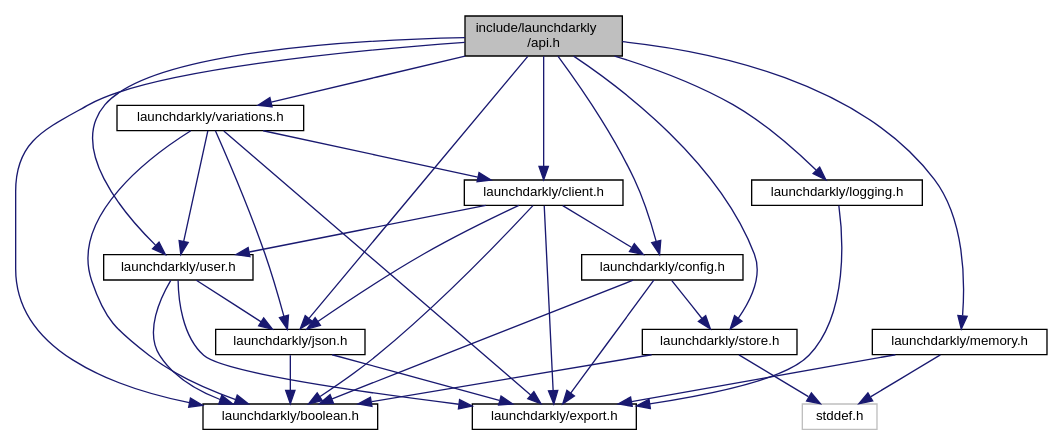
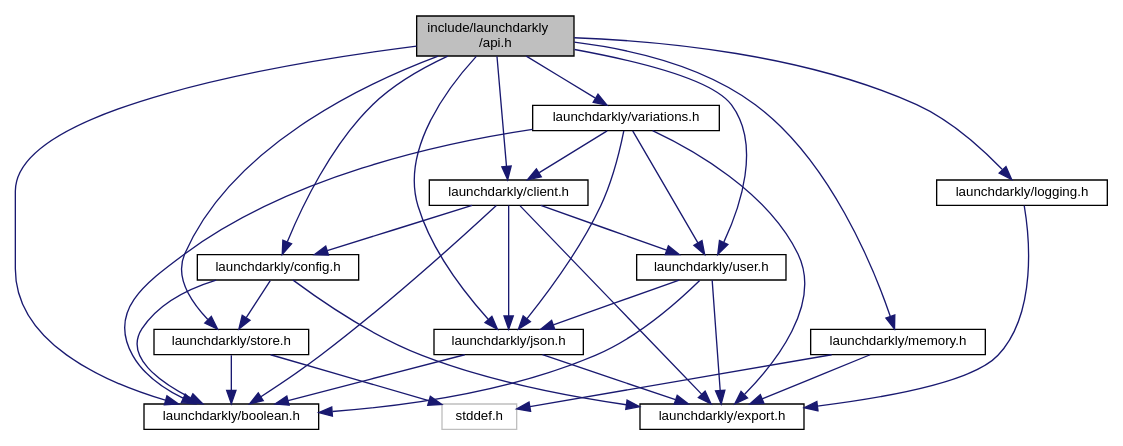
Before and after one commit to launchdarkly/c-server-sdk: the diagram in api_8h__incl.dot, drawn with Graphviz. The commit also changed 56 other files, not shown here.

```diff
--- a/api_8h__incl.dot
+++ b/api_8h__incl.dot
@@ -1,49 +1,49 @@
 digraph "include/launchdarkly/api.h"
 {
   edge [fontname="Helvetica",fontsize="10",labelfontname="Helvetica",labelfontsize="10"];
   node [fontname="Helvetica",fontsize="10",shape=record];
   Node0 [label="include/launchdarkly\l/api.h",height=0.2,width=0.4,color="black", fillcolor="grey75", style="filled", fontcolor="black"];
   Node0 -> Node1 [color="midnightblue",fontsize="10",style="solid",fontname="Helvetica"];
-  Node1 [label="launchdarkly/json.h",height=0.2,width=0.4,color="black", fillcolor="white", style="filled",URL="$json_8h.html",tooltip="Public API Interface for JSON usage. "];
-  Node1 -> Node2 [color="midnightblue",fontsize="10",style="solid",fontname="Helvetica"];
-  Node2 [label="launchdarkly/export.h",height=0.2,width=0.4,color="black", fillcolor="white", style="filled",URL="$export_8h.html",tooltip="Public. Configuration of exported symbols. "];
-  Node1 -> Node3 [color="midnightblue",fontsize="10",style="solid",fontname="Helvetica"];
-  Node3 [label="launchdarkly/boolean.h",height=0.2,width=0.4,color="black", fillcolor="white", style="filled",URL="$boolean_8h.html",tooltip="A custom c89 boolean type. "];
-  Node0 -> Node4 [color="midnightblue",fontsize="10",style="solid",fontname="Helvetica"];
-  Node4 [label="launchdarkly/config.h",height=0.2,width=0.4,color="black", fillcolor="white", style="filled",URL="$config_8h.html",tooltip="Public API Interface for Configuration. "];
-  Node4 -> Node2 [color="midnightblue",fontsize="10",style="solid",fontname="Helvetica"];
-  Node4 -> Node5 [color="midnightblue",fontsize="10",style="solid",fontname="Helvetica"];
+  Node1 [label="launchdarkly/boolean.h",height=0.2,width=0.4,color="black", fillcolor="white", style="filled",URL="$boolean_8h.html",tooltip="A custom c89 boolean type. "];
+  Node0 -> Node2 [color="midnightblue",fontsize="10",style="solid",fontname="Helvetica"];
+  Node2 [label="launchdarkly/client.h",height=0.2,width=0.4,color="black", fillcolor="white", style="filled",URL="$client_8h.html",tooltip="Public API Interface for Client operations. "];
+  Node2 -> Node1 [color="midnightblue",fontsize="10",style="solid",fontname="Helvetica"];
+  Node2 -> Node3 [color="midnightblue",fontsize="10",style="solid",fontname="Helvetica"];
+  Node3 [label="launchdarkly/config.h",height=0.2,width=0.4,color="black", fillcolor="white", style="filled",URL="$config_8h.html",tooltip="Public API Interface for Configuration. "];
+  Node3 -> Node1 [color="midnightblue",fontsize="10",style="solid",fontname="Helvetica"];
+  Node3 -> Node4 [color="midnightblue",fontsize="10",style="solid",fontname="Helvetica"];
+  Node4 [label="launchdarkly/export.h",height=0.2,width=0.4,color="black", fillcolor="white", style="filled",URL="$export_8h.html",tooltip="Public. Configuration of exported symbols. "];
+  Node3 -> Node5 [color="midnightblue",fontsize="10",style="solid",fontname="Helvetica"];
   Node5 [label="launchdarkly/store.h",height=0.2,width=0.4,color="black", fillcolor="white", style="filled",URL="$store_8h.html",tooltip="Public API Interface for Store implementatons. "];
   Node5 -> Node6 [color="midnightblue",fontsize="10",style="solid",fontname="Helvetica"];
   Node6 [label="stddef.h",height=0.2,width=0.4,color="grey75", fillcolor="white", style="filled"];
-  Node5 -> Node3 [color="midnightblue",fontsize="10",style="solid",fontname="Helvetica"];
-  Node4 -> Node3 [color="midnightblue",fontsize="10",style="solid",fontname="Helvetica"];
-  Node0 -> Node7 [color="midnightblue",fontsize="10",style="solid",fontname="Helvetica"];
-  Node7 [label="launchdarkly/user.h",height=0.2,width=0.4,color="black", fillcolor="white", style="filled",URL="$user_8h.html",tooltip="Public API Interface for User construction. "];
+  Node5 -> Node1 [color="midnightblue",fontsize="10",style="solid",fontname="Helvetica"];
+  Node2 -> Node4 [color="midnightblue",fontsize="10",style="solid",fontname="Helvetica"];
+  Node2 -> Node7 [color="midnightblue",fontsize="10",style="solid",fontname="Helvetica"];
+  Node7 [label="launchdarkly/json.h",height=0.2,width=0.4,color="black", fillcolor="white", style="filled",URL="$json_8h.html",tooltip="Public API Interface for JSON usage. "];
   Node7 -> Node1 [color="midnightblue",fontsize="10",style="solid",fontname="Helvetica"];
-  Node7 -> Node2 [color="midnightblue",fontsize="10",style="solid",fontname="Helvetica"];
-  Node7 -> Node3 [color="midnightblue",fontsize="10",style="solid",fontname="Helvetica"];
-  Node0 -> Node8 [color="midnightblue",fontsize="10",style="solid",fontname="Helvetica"];
-  Node8 [label="launchdarkly/client.h",height=0.2,width=0.4,color="black", fillcolor="white", style="filled",URL="$client_8h.html",tooltip="Public API Interface for Client operations. "];
+  Node7 -> Node4 [color="midnightblue",fontsize="10",style="solid",fontname="Helvetica"];
+  Node2 -> Node8 [color="midnightblue",fontsize="10",style="solid",fontname="Helvetica"];
+  Node8 [label="launchdarkly/user.h",height=0.2,width=0.4,color="black", fillcolor="white", style="filled",URL="$user_8h.html",tooltip="Public API Interface for User construction. "];
+  Node8 -> Node1 [color="midnightblue",fontsize="10",style="solid",fontname="Helvetica"];
   Node8 -> Node4 [color="midnightblue",fontsize="10",style="solid",fontname="Helvetica"];
   Node8 -> Node7 [color="midnightblue",fontsize="10",style="solid",fontname="Helvetica"];
-  Node8 -> Node1 [color="midnightblue",fontsize="10",style="solid",fontname="Helvetica"];
-  Node8 -> Node2 [color="midnightblue",fontsize="10",style="solid",fontname="Helvetica"];
-  Node8 -> Node3 [color="midnightblue",fontsize="10",style="solid",fontname="Helvetica"];
+  Node0 -> Node3 [color="midnightblue",fontsize="10",style="solid",fontname="Helvetica"];
+  Node0 -> Node7 [color="midnightblue",fontsize="10",style="solid",fontname="Helvetica"];
   Node0 -> Node9 [color="midnightblue",fontsize="10",style="solid",fontname="Helvetica"];
-  Node9 [label="launchdarkly/memory.h",height=0.2,width=0.4,color="black", fillcolor="white", style="filled",URL="$memory_8h.html",tooltip="Public API. Operations for managing memory. "];
-  Node9 -> Node6 [color="midnightblue",fontsize="10",style="solid",fontname="Helvetica"];
-  Node9 -> Node2 [color="midnightblue",fontsize="10",style="solid",fontname="Helvetica"];
+  Node9 [label="launchdarkly/logging.h",height=0.2,width=0.4,color="black", fillcolor="white", style="filled",URL="$logging_8h.html",tooltip="Public API Interface for Logging. "];
+  Node9 -> Node4 [color="midnightblue",fontsize="10",style="solid",fontname="Helvetica"];
   Node0 -> Node10 [color="midnightblue",fontsize="10",style="solid",fontname="Helvetica"];
-  Node10 [label="launchdarkly/logging.h",height=0.2,width=0.4,color="black", fillcolor="white", style="filled",URL="$logging_8h.html",tooltip="Public API Interface for Logging. "];
-  Node10 -> Node2 [color="midnightblue",fontsize="10",style="solid",fontname="Helvetica"];
+  Node10 [label="launchdarkly/memory.h",height=0.2,width=0.4,color="black", fillcolor="white", style="filled",URL="$memory_8h.html",tooltip="Public API. Operations for managing memory. "];
+  Node10 -> Node6 [color="midnightblue",fontsize="10",style="solid",fontname="Helvetica"];
+  Node10 -> Node4 [color="midnightblue",fontsize="10",style="solid",fontname="Helvetica"];
+  Node0 -> Node5 [color="midnightblue",fontsize="10",style="solid",fontname="Helvetica"];
+  Node0 -> Node8 [color="midnightblue",fontsize="10",style="solid",fontname="Helvetica"];
   Node0 -> Node11 [color="midnightblue",fontsize="10",style="solid",fontname="Helvetica"];
   Node11 [label="launchdarkly/variations.h",height=0.2,width=0.4,color="black", fillcolor="white", style="filled",URL="$variations_8h.html",tooltip="Public API Interface for evaluation variations. "];
-  Node11 -> Node8 [color="midnightblue",fontsize="10",style="solid",fontname="Helvetica"];
-  Node11 -> Node7 [color="midnightblue",fontsize="10",style="solid",fontname="Helvetica"];
   Node11 -> Node1 [color="midnightblue",fontsize="10",style="solid",fontname="Helvetica"];
   Node11 -> Node2 [color="midnightblue",fontsize="10",style="solid",fontname="Helvetica"];
-  Node11 -> Node3 [color="midnightblue",fontsize="10",style="solid",fontname="Helvetica"];
-  Node0 -> Node5 [color="midnightblue",fontsize="10",style="solid",fontname="Helvetica"];
-  Node0 -> Node3 [color="midnightblue",fontsize="10",style="solid",fontname="Helvetica"];
+  Node11 -> Node4 [color="midnightblue",fontsize="10",style="solid",fontname="Helvetica"];
+  Node11 -> Node7 [color="midnightblue",fontsize="10",style="solid",fontname="Helvetica"];
+  Node11 -> Node8 [color="midnightblue",fontsize="10",style="solid",fontname="Helvetica"];
 }
```
